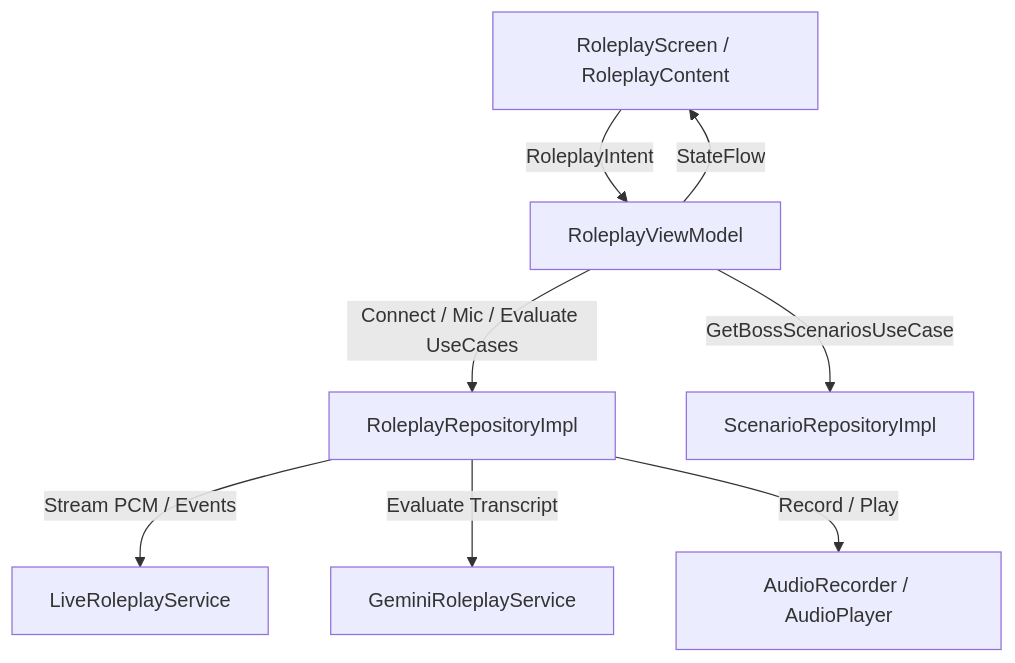
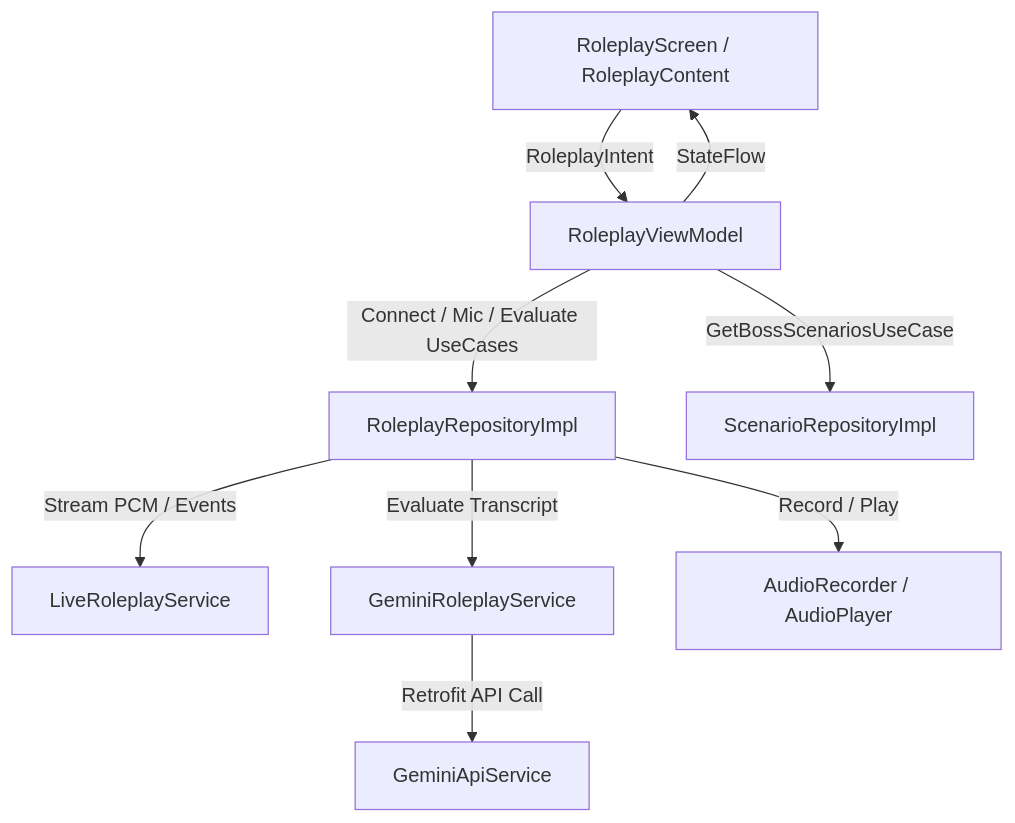
Before and after one commit to LinguaQuest-AI-Powered/LinguaQuest-Android-App: the diagram in docs/features/roleplay.md, drawn with Mermaid. The commit also changed other lines of this file and 13 other files, not shown here.

First line of the commit message:
feat(roleplay): migrate Gemini evaluator to Retrofit and add live AI thinking indicator

````diff
--- a/docs/features/roleplay.md
+++ b/docs/features/roleplay.md
@@ -26,10 +28,11 @@
 ```mermaid
 graph TD
     A[RoleplayScreen / RoleplayContent] -->|RoleplayIntent| B[RoleplayViewModel]
     B -->|StateFlow| A
     B -->|Connect / Mic / Evaluate UseCases| C[RoleplayRepositoryImpl]
     B -->|GetBossScenariosUseCase| D[ScenarioRepositoryImpl]
     C -->|Stream PCM / Events| E[LiveRoleplayService]
     C -->|Evaluate Transcript| F[GeminiRoleplayService]
-    C -->|Record / Play| G[AudioRecorder / AudioPlayer]
+    F -->|Retrofit API Call| G[GeminiApiService]
+    C -->|Record / Play| H[AudioRecorder / AudioPlayer]
 ```
````
